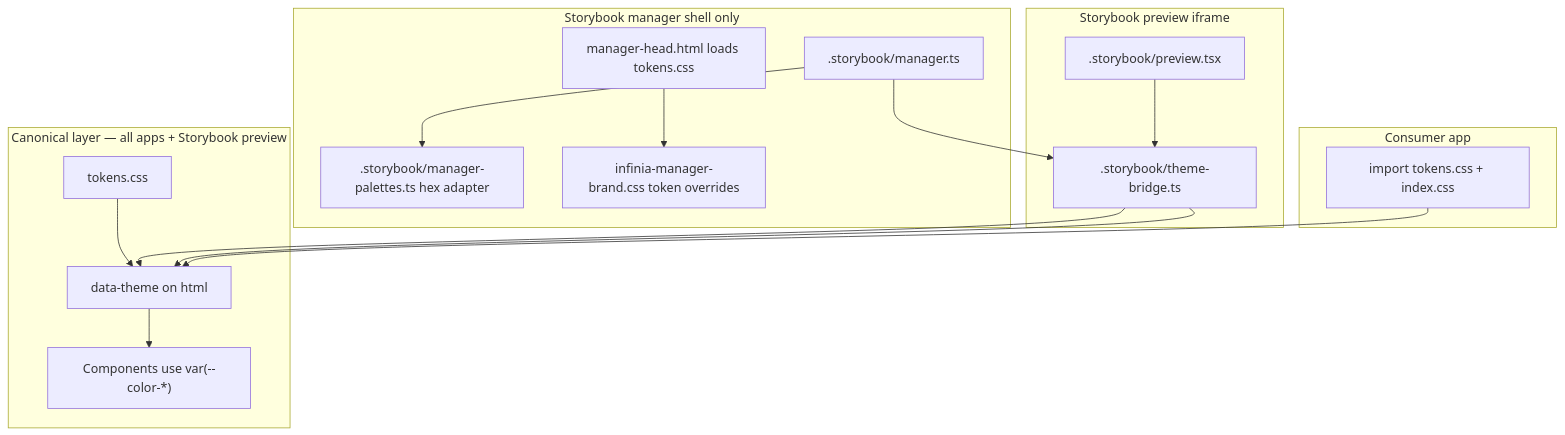
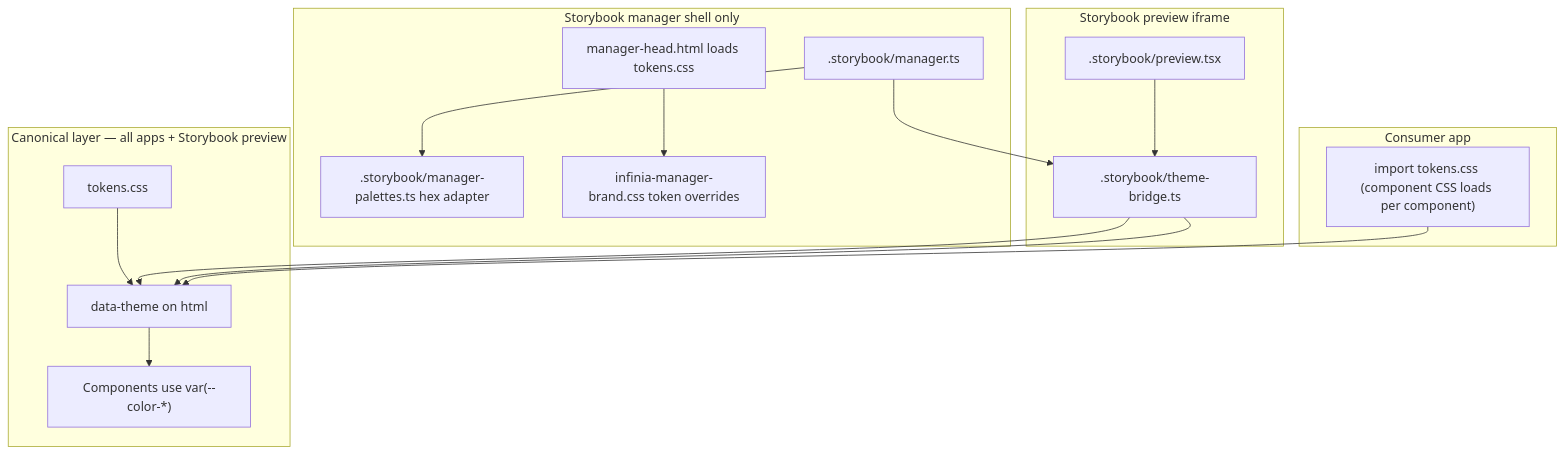
The diagram in docs/design-system/THEMES.md (gaurabantu/common-componats), drawn with Mermaid before and after one commit. The commit also changed other lines of this file and 10 other files, not shown here.

````diff
--- a/docs/design-system/THEMES.md
+++ b/docs/design-system/THEMES.md
@@ -194,32 +194,32 @@
 ```mermaid
 flowchart TB
   subgraph canonical ["Canonical layer — all apps + Storybook preview"]
     T["tokens.css"]
     DT["data-theme on html"]
     T --> DT
     DT --> COMP["Components use var(--color-*)"]
   end
 
   subgraph sb_preview ["Storybook preview iframe"]
     PB[".storybook/preview.tsx"]
     TB[".storybook/theme-bridge.ts"]
     PB --> TB
     TB --> DT
   end
 
   subgraph sb_manager ["Storybook manager shell only"]
     MH["manager-head.html loads tokens.css"]
     MT[".storybook/manager.ts"]
     MP[".storybook/manager-palettes.ts hex adapter"]
     MC["infinia-manager-brand.css token overrides"]
     MT --> TB
     MT --> MP
     MH --> MC
     TB --> DT
   end
 
   subgraph consumer ["Consumer app"]
-    APP["import tokens.css + index.css"]
+    APP["import tokens.css (component CSS loads per component)"]
     APP --> DT
   end
 ```
````
